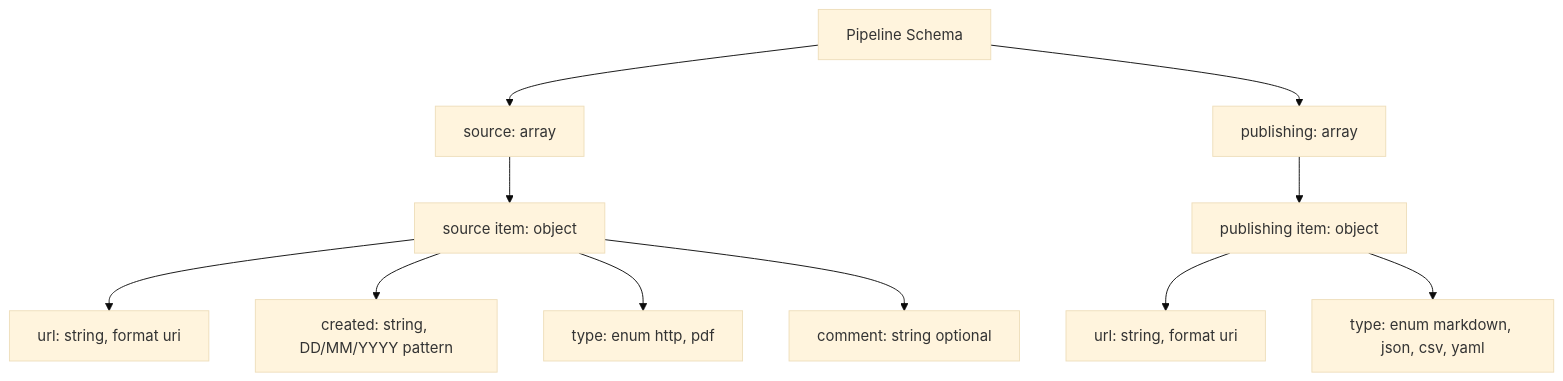
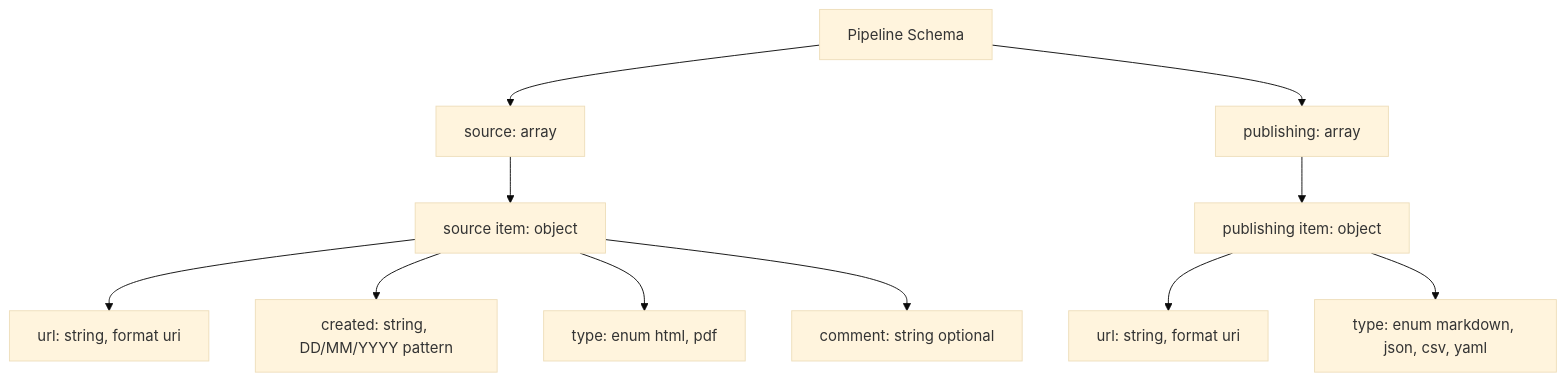
One commit to dlegezo/automation changed the diagram in cti_parser/docs/pipeline-schema.md. Above: the diagram before and after it, drawn with Mermaid (base theme). The commit also changed other lines of this file and 6 other files, not shown here.

Commit message:
refactor: update report type to 'html' and add severity field in schemas and JSON files

````diff
--- a/cti_parser/docs/pipeline-schema.md
+++ b/cti_parser/docs/pipeline-schema.md
@@ -51,15 +51,15 @@
 ```mermaid
 flowchart TD
     A[Pipeline Schema] --> B[source: array]
     A --> C[publishing: array]
 
     B --> B1[source item: object]
     B1 --> B2[url: string, format uri]
     B1 --> B3[created: string, DD/MM/YYYY pattern]
-    B1 --> B4[type: enum http, pdf]
+    B1 --> B4[type: enum html, pdf]
     B1 --> B5[comment: string optional]
 
     C --> C1[publishing item: object]
     C1 --> C2[url: string, format uri]
     C1 --> C3[type: enum markdown, json, csv, yaml]
 ```
````
